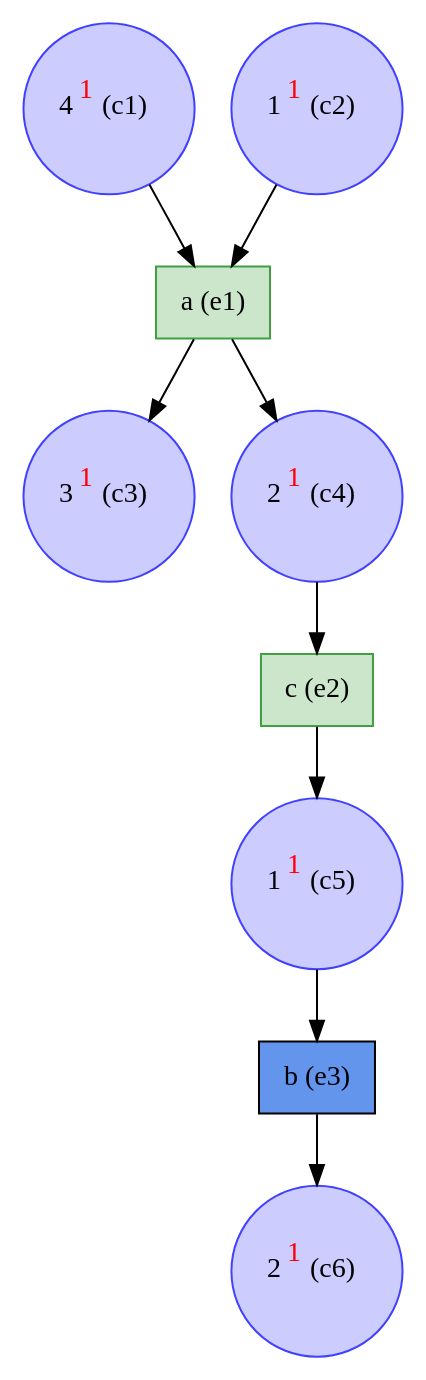
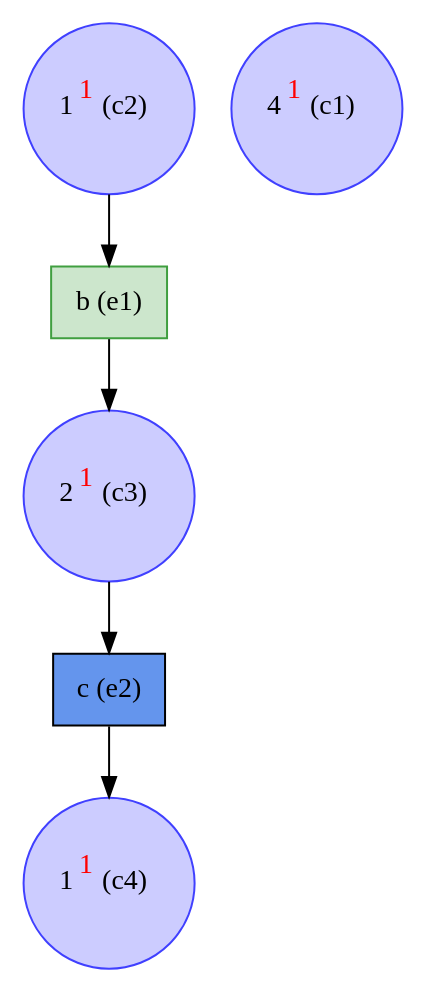
Before and after one commit to giannkas/ecofolder: the diagram in examples/stefan_slide/stefan_slide_unf.dot, drawn with Graphviz. The commit also changed 22 other files, not shown here.

```diff
--- a/examples/stefan_slide/stefan_slide_unf.dot
+++ b/examples/stefan_slide/stefan_slide_unf.dot
@@ -1,19 +1,12 @@
 digraph test {
-  c1 -> e1;
   c2 -> e1;
   e1 -> c3;
-  e1 -> c4;
-  c4 -> e2;
-  e2 -> c5;
-  c5 -> e3;
-  e3 -> c6;
+  c3 -> e2;
+  e2 -> c4;
   c1 [color="#4040ff" fillcolor="#ccccff" label= <4<FONT COLOR="red"><SUP>1</SUP></FONT>&nbsp;(c1)> shape=circle style=filled];
   c2 [color="#4040ff" fillcolor="#ccccff" label= <1<FONT COLOR="red"><SUP>1</SUP></FONT>&nbsp;(c2)> shape=circle style=filled];
-  c3 [color="#4040ff" fillcolor="#ccccff" label= <3<FONT COLOR="red"><SUP>1</SUP></FONT>&nbsp;(c3)> shape=circle style=filled];
-  c4 [color="#4040ff" fillcolor="#ccccff" label= <2<FONT COLOR="red"><SUP>1</SUP></FONT>&nbsp;(c4)> shape=circle style=filled];
-  c5 [color="#4040ff" fillcolor="#ccccff" label= <1<FONT COLOR="red"><SUP>1</SUP></FONT>&nbsp;(c5)> shape=circle style=filled];
-  c6 [color="#4040ff" fillcolor="#ccccff" label= <2<FONT COLOR="red"><SUP>1</SUP></FONT>&nbsp;(c6)> shape=circle style=filled];
-  e1 [color="#409f40" fillcolor="#cce6cc" label="a (e1)" shape=box style=filled];
-  e2 [color="#409f40" fillcolor="#cce6cc" label="c (e2)" shape=box style=filled];
-  e3 [color=black fillcolor=cornflowerblue label="b (e3)" shape=box style=filled];
+  c3 [color="#4040ff" fillcolor="#ccccff" label= <2<FONT COLOR="red"><SUP>1</SUP></FONT>&nbsp;(c3)> shape=circle style=filled];
+  c4 [color="#4040ff" fillcolor="#ccccff" label= <1<FONT COLOR="red"><SUP>1</SUP></FONT>&nbsp;(c4)> shape=circle style=filled];
+  e1 [color="#409f40" fillcolor="#cce6cc" label="b (e1)" shape=box style=filled];
+  e2 [color=black fillcolor=cornflowerblue label="c (e2)" shape=box style=filled];
 }
```
